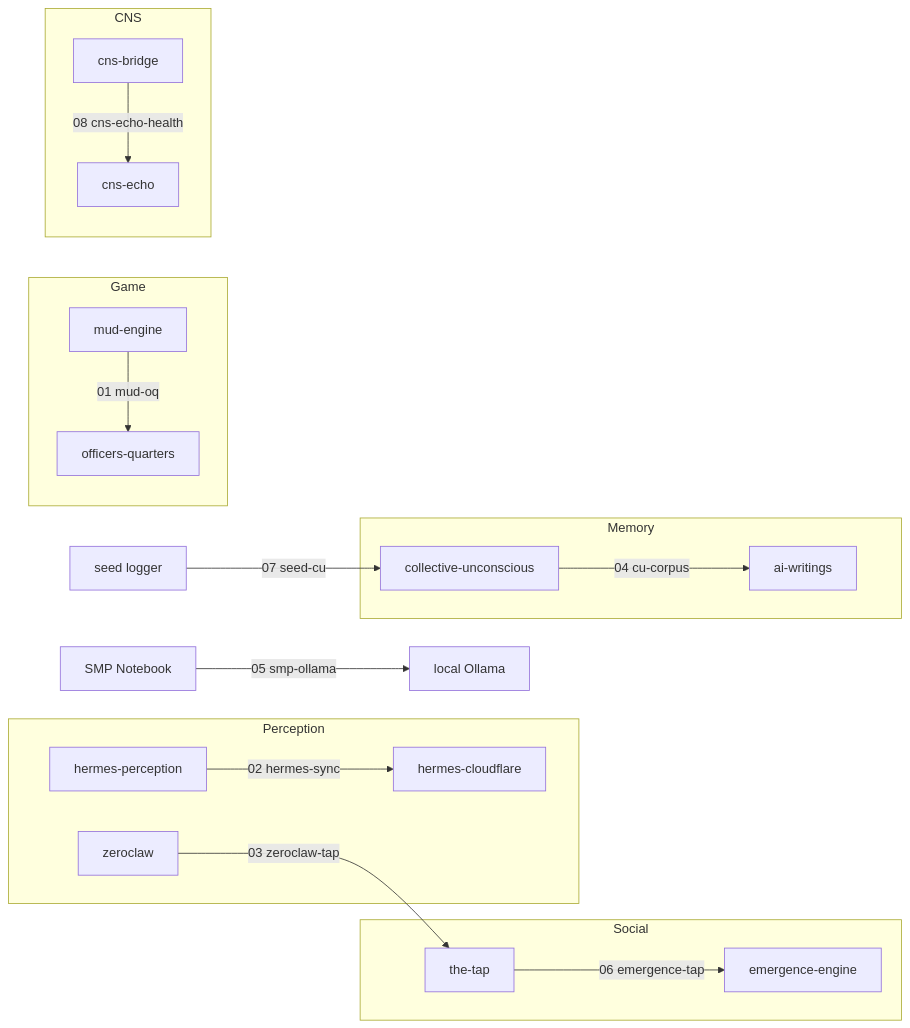
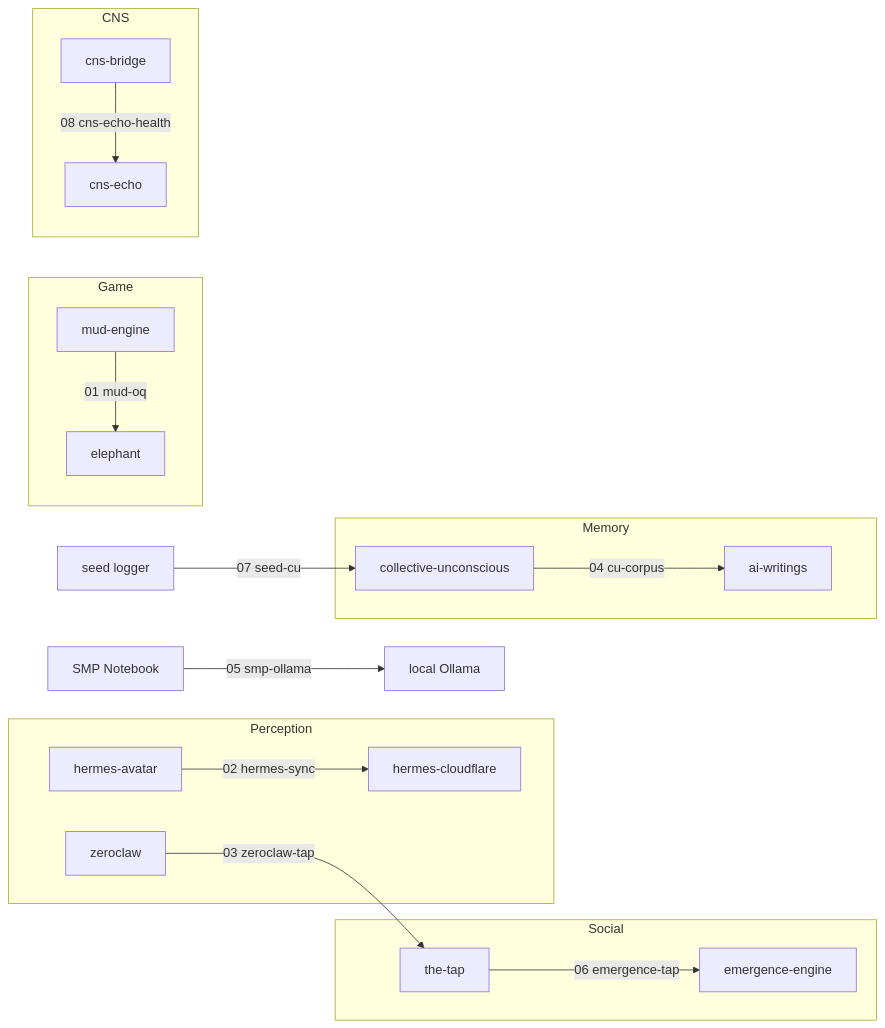
The diagram in README.md (SuperInstance/fleet-connections), drawn with Mermaid before and after one commit. The commit also changed other lines of this file and 2 other files, not shown here.

````diff
--- a/README.md
+++ b/README.md
@@ -35,34 +35,34 @@
 ```mermaid
 graph LR
     subgraph perception[Perception]
-        HP[hermes-perception]
+        HP[hermes-avatar]
         HC[hermes-cloudflare]
         ZC[zeroclaw]
     end
     subgraph social[Social]
         TT[the-tap]
         EE[emergence-engine]
     end
     subgraph memory[Memory]
         CU[collective-unconscious]
         AW[ai-writings]
     end
     subgraph game[Game]
         ME[mud-engine]
-        OQ[officers-quarters]
+        OQ[elephant]
     end
     subgraph cns[CNS]
         CB[cns-bridge]
         CE[cns-echo]
     end
     SMP[SMP Notebook]
 
     ME -- "01 mud-oq" --> OQ
     HP -- "02 hermes-sync" --> HC
     ZC -- "03 zeroclaw-tap" --> TT
     CU -- "04 cu-corpus" --> AW
     SMP[SMP Notebook] -- "05 smp-ollama" --> OL[local Ollama]
     TT -- "06 emergence-tap" --> EE
     SEED[seed logger] -- "07 seed-cu" --> CU
     CB -- "08 cns-echo-health" --> CE
 ```
````
